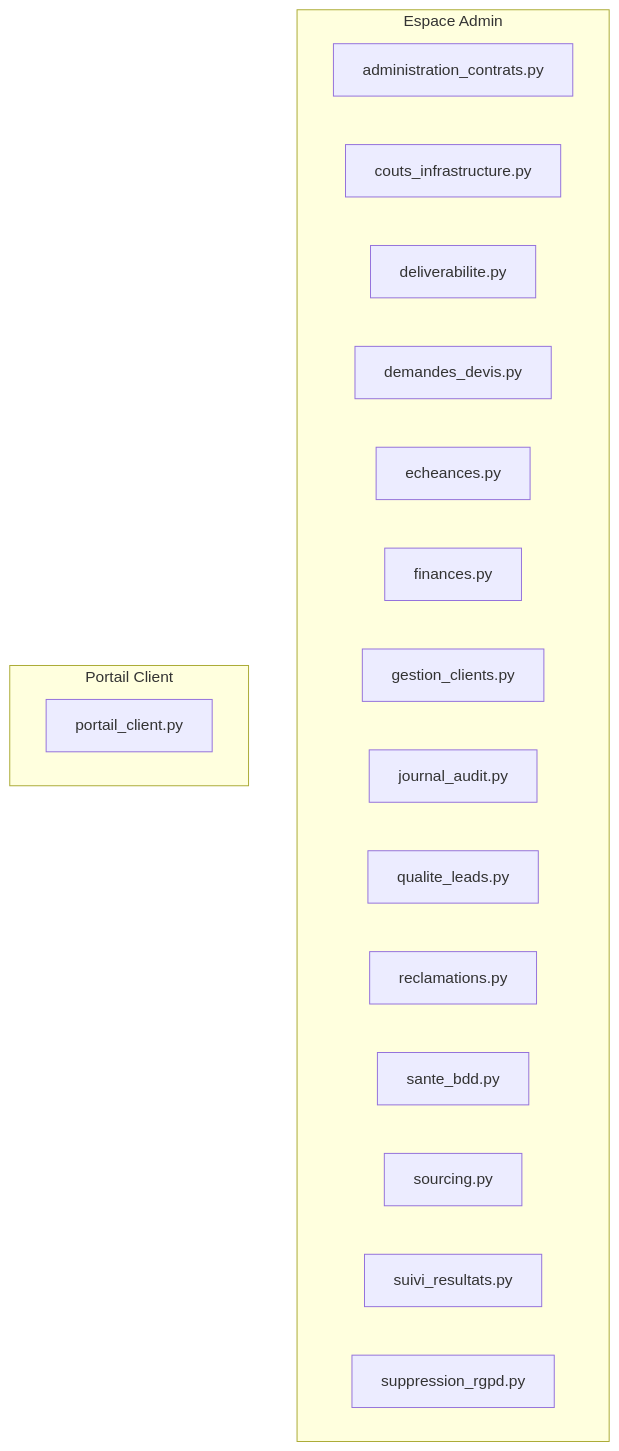
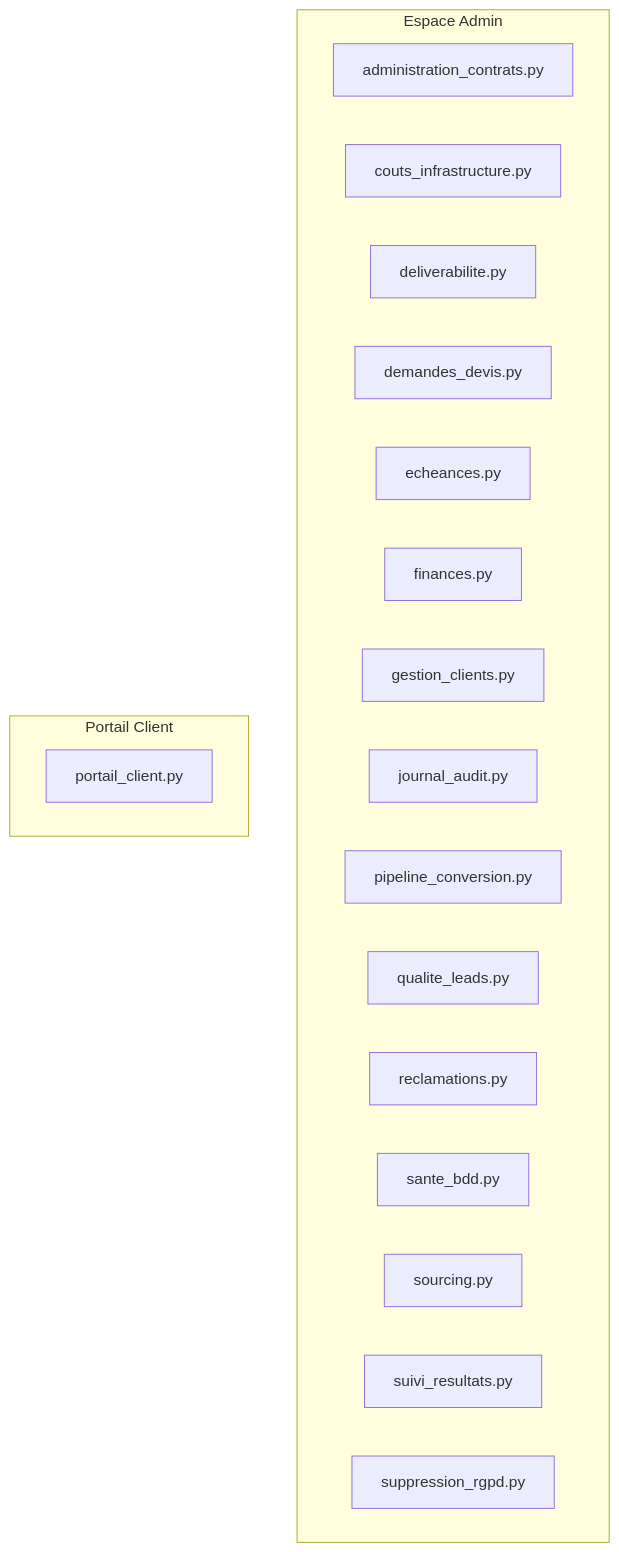
One commit to contactmonagenceiapro-sudo/leads-creator changed the third of 3 diagrams in docs/architecture_globale.md. Above: the diagram before and after it, drawn with Mermaid. The commit also changed other lines of this file and 4 other files, not shown here.

First line of the commit message:
feat: ajoute le module 2 (pipeline de conversion) de pilotage

````diff
--- a/docs/architecture_globale.md
+++ b/docs/architecture_globale.md
@@ -414,22 +414,23 @@
 ```mermaid
 flowchart TD
     subgraph ADMIN["Espace Admin"]
         administration_contrats_py["administration_contrats.py"]
         couts_infrastructure_py["couts_infrastructure.py"]
         deliverabilite_py["deliverabilite.py"]
         demandes_devis_py["demandes_devis.py"]
         echeances_py["echeances.py"]
         finances_py["finances.py"]
         gestion_clients_py["gestion_clients.py"]
         journal_audit_py["journal_audit.py"]
+        pipeline_conversion_py["pipeline_conversion.py"]
         qualite_leads_py["qualite_leads.py"]
         reclamations_py["reclamations.py"]
         sante_bdd_py["sante_bdd.py"]
         sourcing_py["sourcing.py"]
         suivi_resultats_py["suivi_resultats.py"]
         suppression_rgpd_py["suppression_rgpd.py"]
     end
     subgraph CLIENT["Portail Client"]
         portail_client_py["portail_client.py"]
     end
 ```
````
